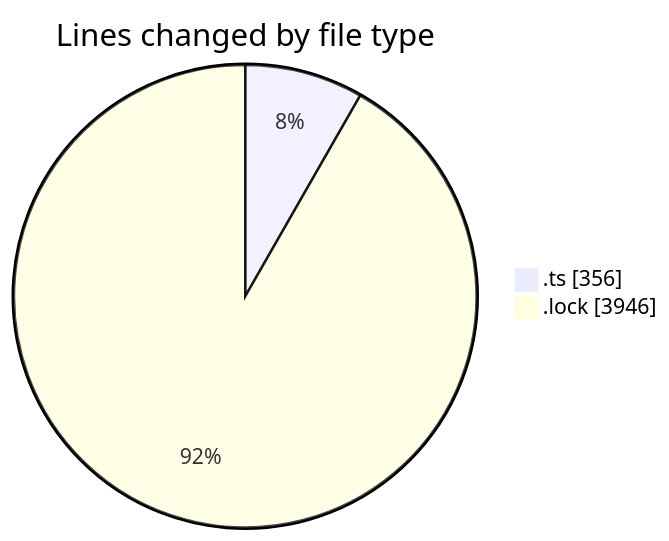
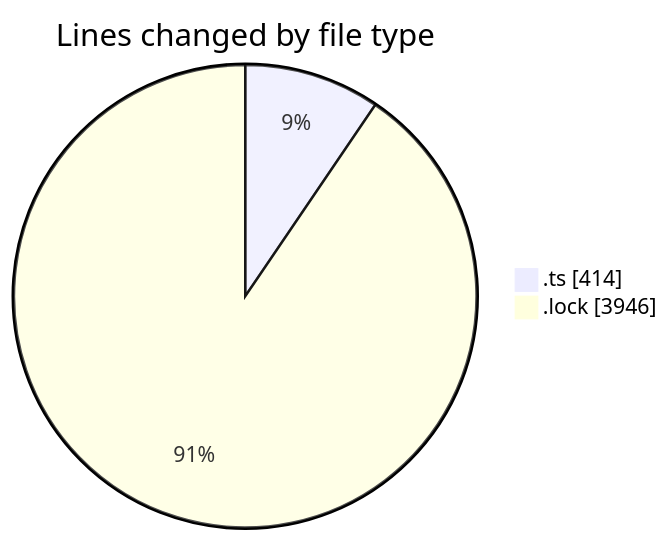
The first of 2 diagrams in 2025-08-19/cda/README.md (momahboobian/code-tracking), drawn with Mermaid before and after one commit. The commit also changed other lines of this file and 1 other file, not shown here.

````diff
--- a/2025-08-19/cda/README.md
+++ b/2025-08-19/cda/README.md
@@ -24,6 +24,6 @@
 ```mermaid
 pie showData
 title Lines changed by file type
-".ts" : 356
+".ts" : 414
 ".lock" : 3946
 ```
````
